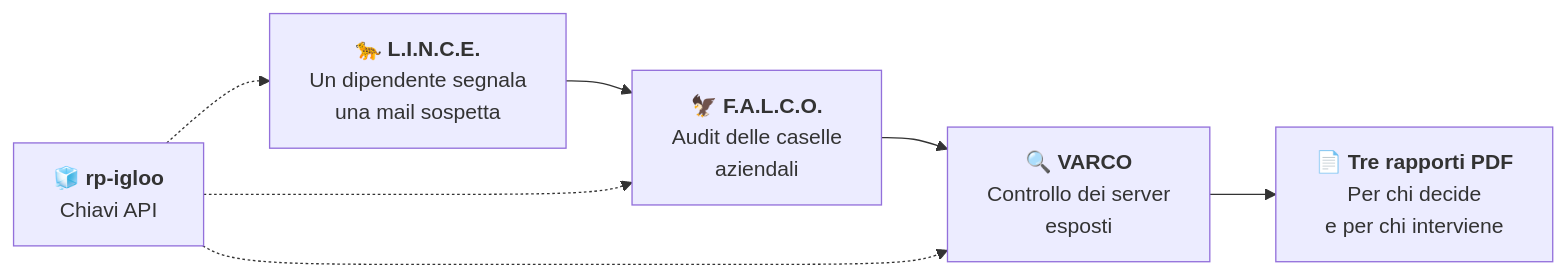
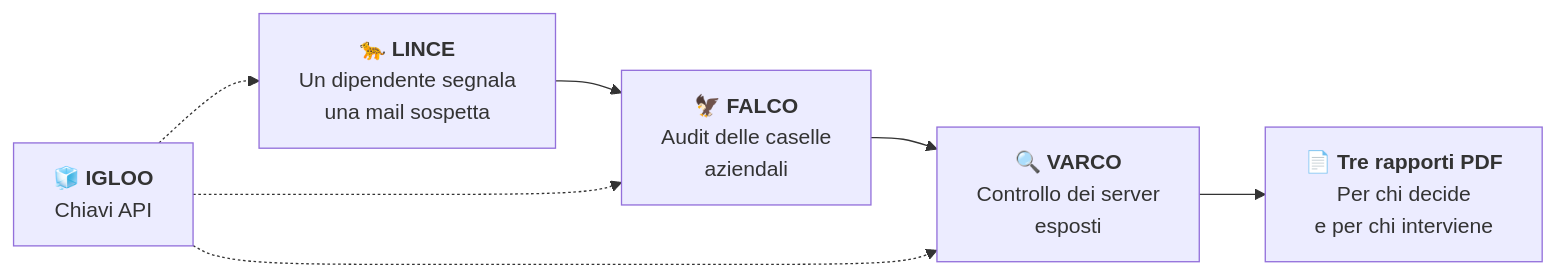
One commit to Redpenguin67/RP-Suite changed the diagram in README.md. Above: the diagram before and after it, drawn with Mermaid. The commit also changed other lines of this file, not shown here.

````diff
--- a/README.md
+++ b/README.md
@@ -44,9 +44,9 @@
 ```mermaid
 flowchart LR
-    A["🐆 <b>L.I.N.C.E.</b><br/>Un dipendente segnala<br/>una mail sospetta"] --> B["🦅 <b>F.A.L.C.O.</b><br/>Audit delle caselle<br/>aziendali"]
+    A["🐆 <b>LINCE</b><br/>Un dipendente segnala<br/>una mail sospetta"] --> B["🦅 <b>FALCO</b><br/>Audit delle caselle<br/>aziendali"]
     B --> C["🔍 <b>VARCO</b><br/>Controllo dei server<br/>esposti"]
     C --> D["📄 <b>Tre rapporti PDF</b><br/>Per chi decide<br/>e per chi interviene"]
-    K["🧊 <b>rp-igloo</b><br/>Chiavi API"] -.-> A
+    K["🧊 <b>IGLOO</b><br/>Chiavi API"] -.-> A
     K -.-> B
     K -.-> C
 ```
````
